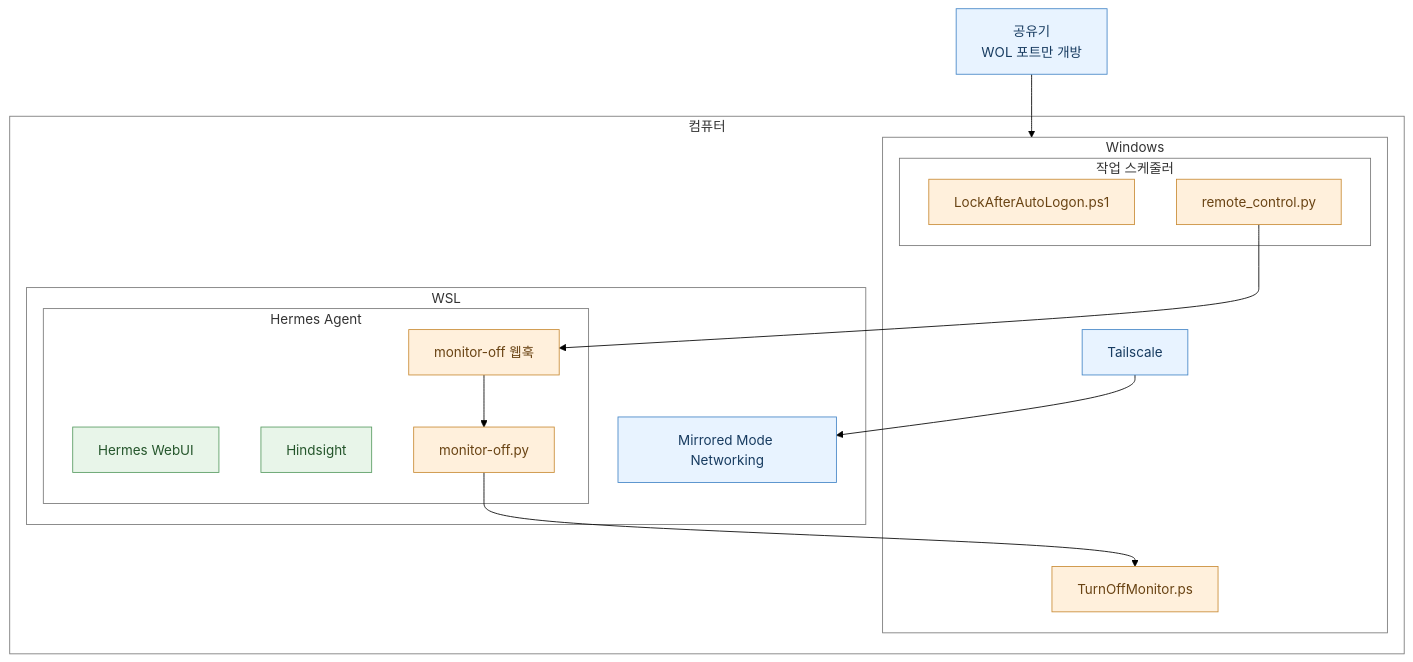
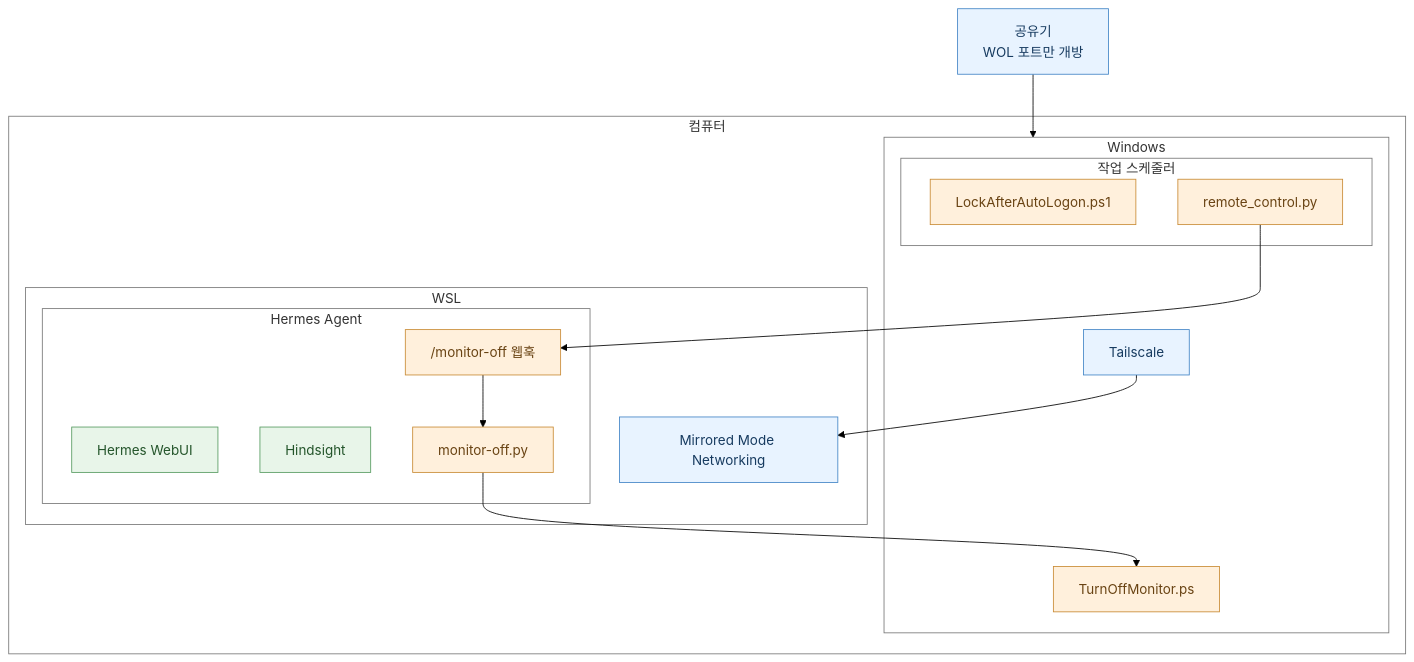
Before and after one commit to liminal-still-exists/hermes-agent-infra: the diagram in README.md, drawn with Mermaid (forest theme).

Commit message:
Update Webhook path in README.md

````diff
--- a/README.md
+++ b/README.md
@@ -1,48 +1,48 @@
 ```mermaid
 flowchart TB
     Router["공유기<br/>WOL 포트만 개방"]
 
     subgraph Computer["컴퓨터"]
         subgraph Windows["Windows"]
             TS["Tailscale"]
 
             subgraph TaskScheduler["작업 스케줄러"]
                 Lock["LockAfterAutoLogon.ps1"]
                 RC["remote_control.py"]
             end
 
             Monitor["TurnOffMonitor.ps"]
         end
 
         subgraph WSL["WSL"]
             Net["Mirrored Mode Networking"]
 
             subgraph Hermes["Hermes Agent"]
                 WebUI["Hermes WebUI"]
                 Hindsight["Hindsight"]
-                Webhook["monitor-off 웹훅"]
+                Webhook["/monitor-off 웹훅"]
                 Script["monitor-off.py"]
             end
         end
     end
 
     Router --> Windows
     TS --> Net
     RC --> Webhook
     Webhook --> Script
     Script --> Monitor
 
     classDef network fill:#e8f3ff,stroke:#4385c6,color:#173b60
     classDef automation fill:#fff0dc,stroke:#c98b35,color:#694313
     classDef service fill:#e8f5e9,stroke:#579b61,color:#24552b
 
     class Router,TS,Net network
     class Lock,RC,Monitor,Webhook,Script automation
     class WebUI,Hindsight service
 
     style Computer fill:none,stroke:#777,stroke-width:1px
     style Windows fill:none,stroke:#777,stroke-width:1px
     style WSL fill:none,stroke:#777,stroke-width:1px
     style Hermes fill:none,stroke:#777,stroke-width:1px
     style TaskScheduler fill:none,stroke:#777,stroke-width:1px
 ```
````
